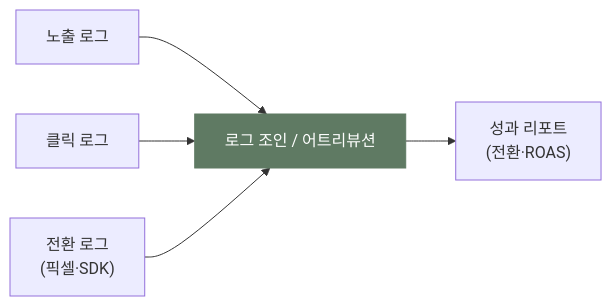
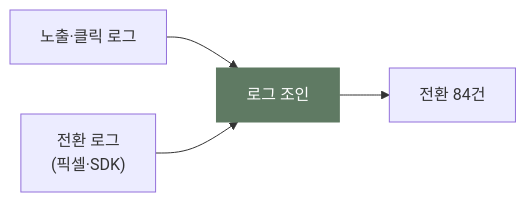
The second of 2 diagrams in posts/kakao-ads-bidding-measurement.md (chkimsu/adtech-blog), drawn with Mermaid before and after one commit. The commit also changed other lines of this file and 7 other files, not shown here.

````diff
--- a/posts/kakao-ads-bidding-measurement.md
+++ b/posts/kakao-ads-bidding-measurement.md
@@ -48,8 +241,7 @@
 ```mermaid
 graph LR
-    IMP["노출 로그"] --> JOIN["로그 조인 / 어트리뷰션"]
-    CLK["클릭 로그"] --> JOIN
+    IMP["노출·클릭 로그"] --> JOIN["로그 조인"]
     CONV["전환 로그<br/>(픽셀·SDK)"] --> JOIN
-    JOIN --> REPORT["성과 리포트<br/>(전환·ROAS)"]
+    JOIN --> REPORT["전환 84건"]
     style JOIN fill:#5f7a63,stroke:#5f7a63,color:#fff
 ```
````
